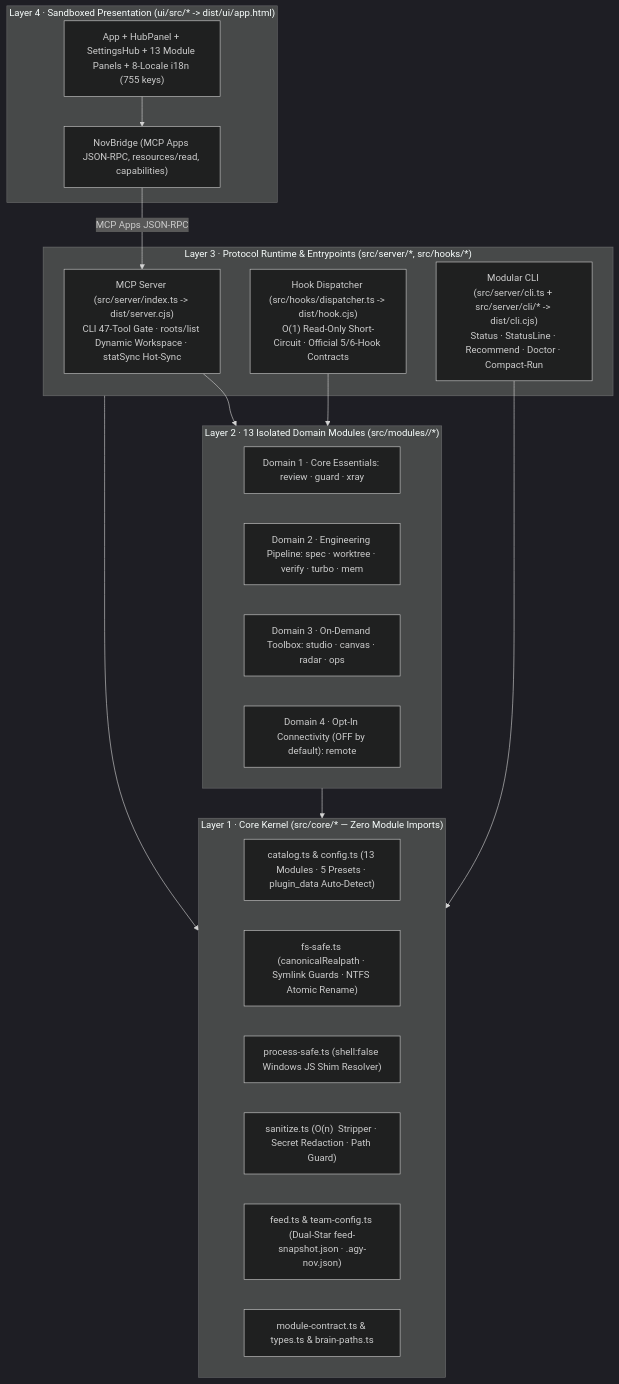
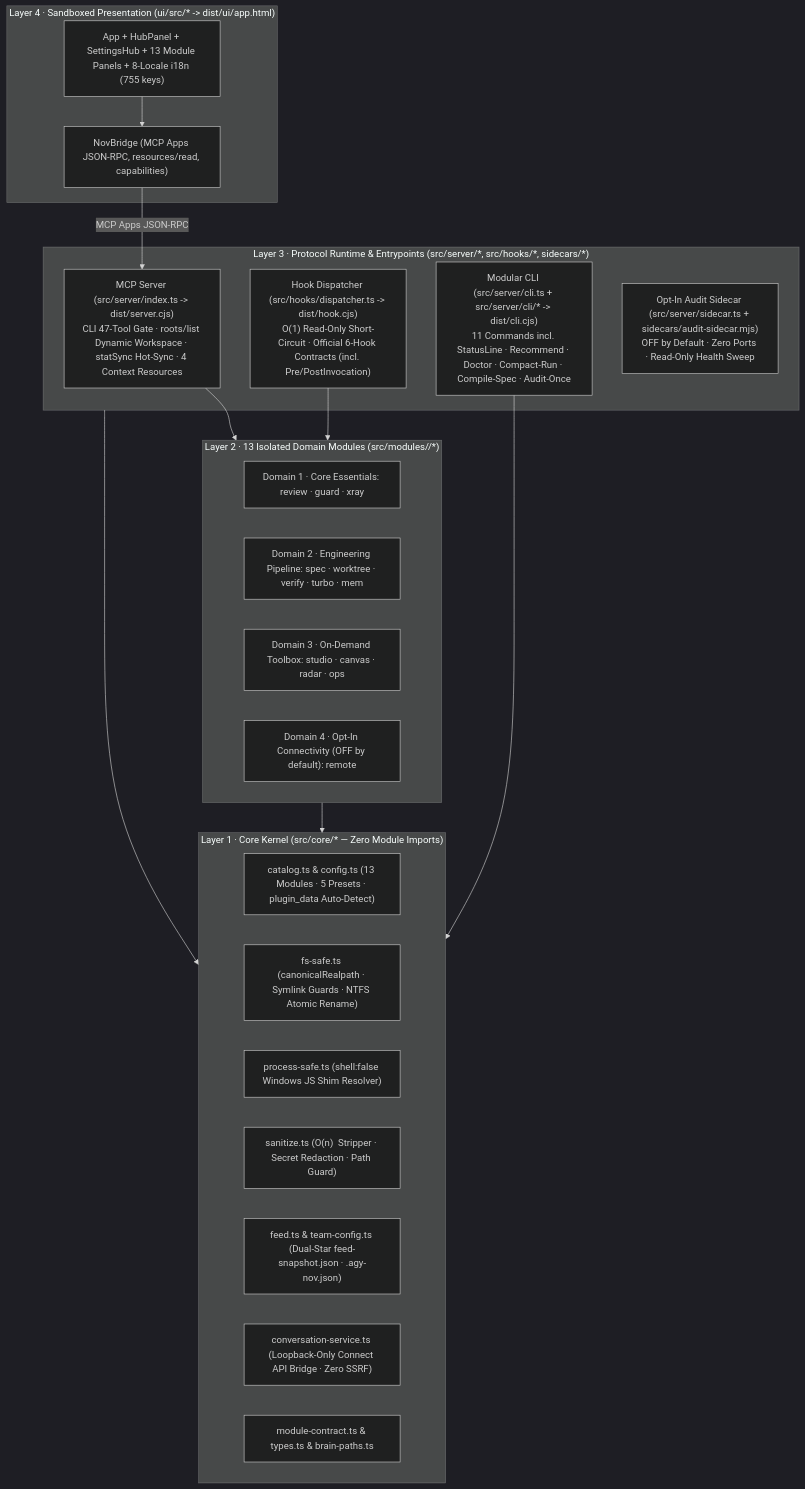
Before and after one commit to tone-leh/agy-NOV: the diagram in docs/ARCHITECTURE.md, drawn with Mermaid (dark theme). The commit also changed other lines of this file and 34 other files, not shown here.

````diff
--- a/docs/ARCHITECTURE.md
+++ b/docs/ARCHITECTURE.md
@@ -9,37 +9,39 @@
 ```mermaid
 flowchart TB
   subgraph L4["Layer 4 · Sandboxed Presentation (ui/src/* -> dist/ui/app.html)"]
     UI["App + HubPanel + SettingsHub + 13 Module Panels + 8-Locale i18n (755 keys)"]
     Bridge["NovBridge (MCP Apps JSON-RPC, resources/read, capabilities)"]
     UI --> Bridge
   end
 
-  subgraph L3["Layer 3 · Protocol Runtime & Entrypoints (src/server/*, src/hooks/*)"]
-    MCP["MCP Server (src/server/index.ts -> dist/server.cjs)\nCLI 47-Tool Gate · roots/list Dynamic Workspace · statSync Hot-Sync"]
-    Hooks["Hook Dispatcher (src/hooks/dispatcher.ts -> dist/hook.cjs)\nO(1) Read-Only Short-Circuit · Official 5/6-Hook Contracts"]
-    CLI["Modular CLI (src/server/cli.ts + src/server/cli/* -> dist/cli.cjs)\nStatus · StatusLine · Recommend · Doctor · Compact-Run"]
+  subgraph L3["Layer 3 · Protocol Runtime & Entrypoints (src/server/*, src/hooks/*, sidecars/*)"]
+    MCP["MCP Server (src/server/index.ts -> dist/server.cjs)\nCLI 47-Tool Gate · roots/list Dynamic Workspace · statSync Hot-Sync · 4 Context Resources"]
+    Hooks["Hook Dispatcher (src/hooks/dispatcher.ts -> dist/hook.cjs)\nO(1) Read-Only Short-Circuit · Official 6-Hook Contracts (incl. Pre/PostInvocation)"]
+    CLI["Modular CLI (src/server/cli.ts + src/server/cli/* -> dist/cli.cjs)\n11 Commands incl. StatusLine · Recommend · Doctor · Compact-Run · Compile-Spec · Audit-Once"]
+    Sidecar["Opt-In Audit Sidecar (src/server/sidecar.ts + sidecars/audit-sidecar.mjs)\nOFF by Default · Zero Ports · Read-Only Health Sweep"]
   end
 
   subgraph L2["Layer 2 · 13 Isolated Domain Modules (src/modules/<id>/*)"]
     CoreDom["Domain 1 · Core Essentials: review · guard · xray"]
     PipeDom["Domain 2 · Engineering Pipeline: spec · worktree · verify · turbo · mem"]
     ToolDom["Domain 3 · On-Demand Toolbox: studio · canvas · radar · ops"]
     ConnDom["Domain 4 · Opt-In Connectivity (OFF by default): remote"]
   end
 
   subgraph L1["Layer 1 · Core Kernel (src/core/* — Zero Module Imports)"]
     Catalog["catalog.ts & config.ts (13 Modules · 5 Presets · plugin_data Auto-Detect)"]
     FsSafe["fs-safe.ts (canonicalRealpath · Symlink Guards · NTFS Atomic Rename)"]
     ProcSafe["process-safe.ts (shell:false Windows JS Shim Resolver)"]
     Sanitize["sanitize.ts (O(n) <private> Stripper · Secret Redaction · Path Guard)"]
     Feed["feed.ts & team-config.ts (Dual-Star feed-snapshot.json · .agy-nov.json)"]
+    Conv["conversation-service.ts (Loopback-Only Connect API Bridge · Zero SSRF)"]
     Contract["module-contract.ts & types.ts & brain-paths.ts"]
   end
 
   Bridge -- "MCP Apps JSON-RPC" --> MCP
   MCP --> L2
   Hooks --> L2
   CLI --> L1
   L2 --> L1
   L3 --> L1
 ```
````
